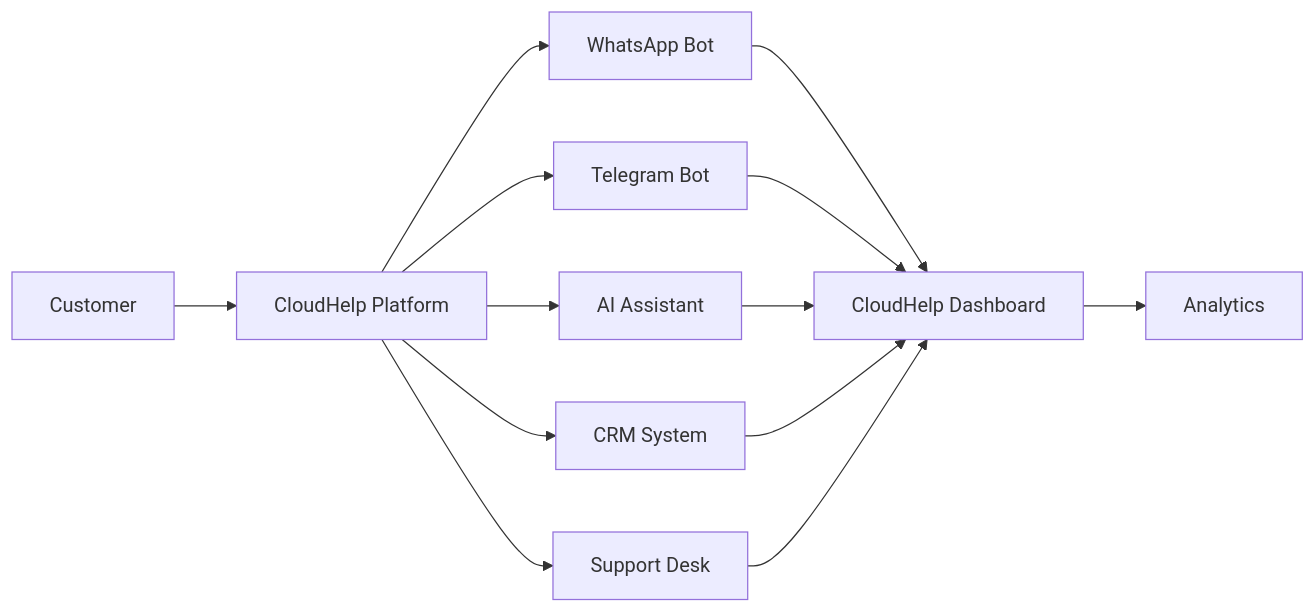
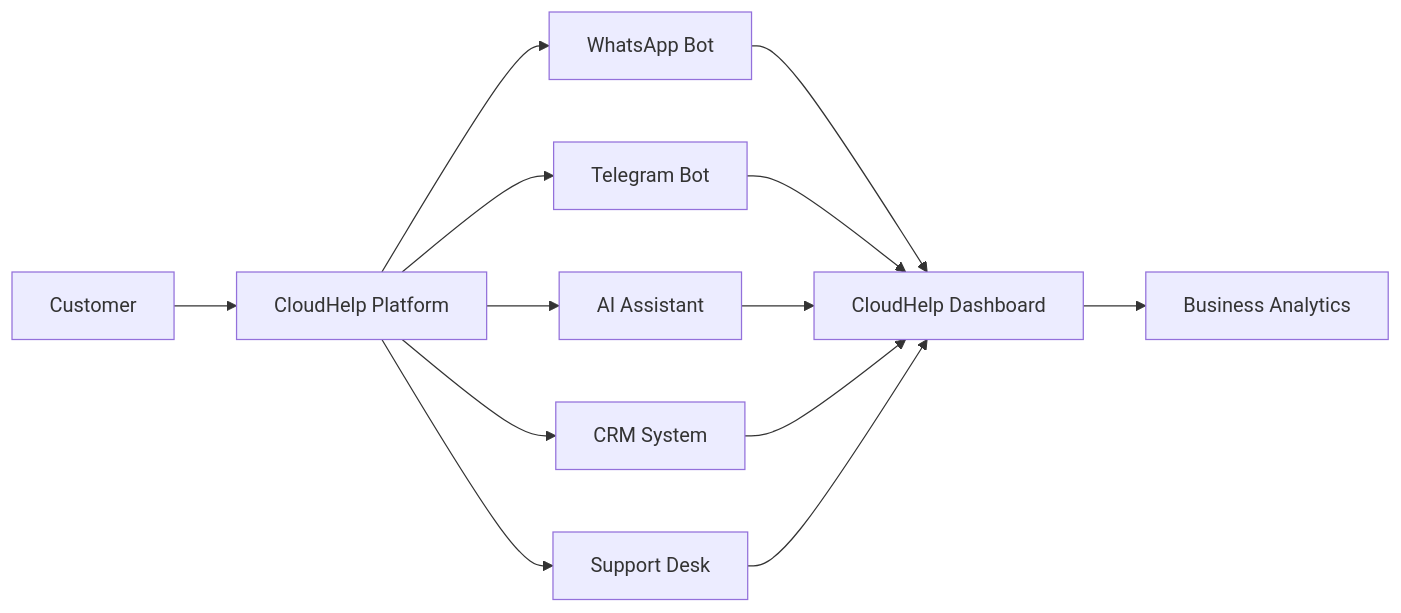
The second of 2 diagrams in README.md (kairaio/K--Cloud-JSN), drawn with Mermaid before and after one commit. The commit also changed other lines of this file, not shown here.

````diff
--- a/README.md
+++ b/README.md
@@ -120,21 +120,21 @@
 ```mermaid
 flowchart LR
 
 A[Customer]
 
 A --> B[CloudHelp Platform]
 
 B --> C[WhatsApp Bot]
 B --> D[Telegram Bot]
 B --> E[AI Assistant]
 B --> F[CRM System]
 B --> G[Support Desk]
 
 C --> H[CloudHelp Dashboard]
 D --> H
 E --> H
 F --> H
 G --> H
 
-H --> I[Analytics]
+H --> I[Business Analytics]
 ```
````
